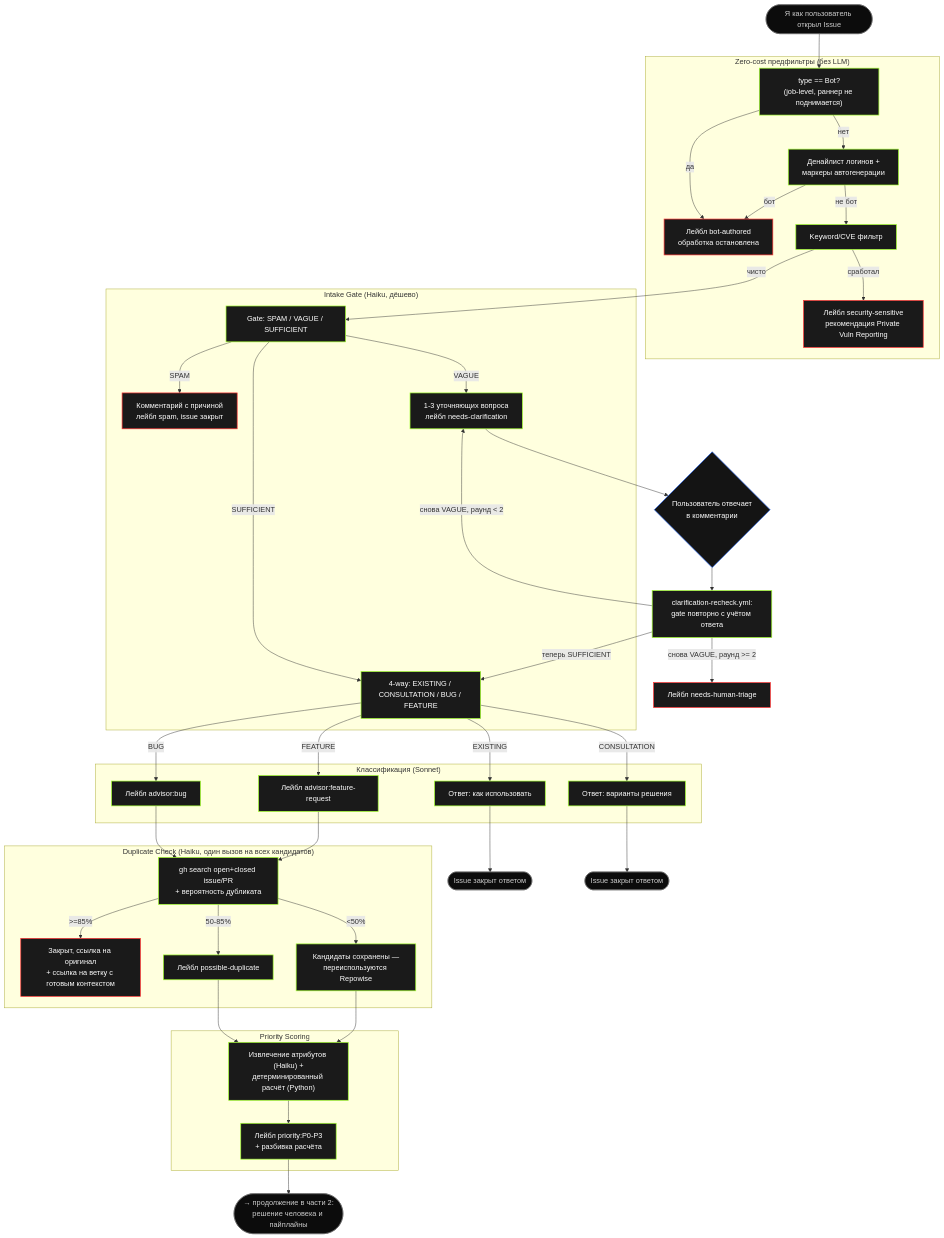
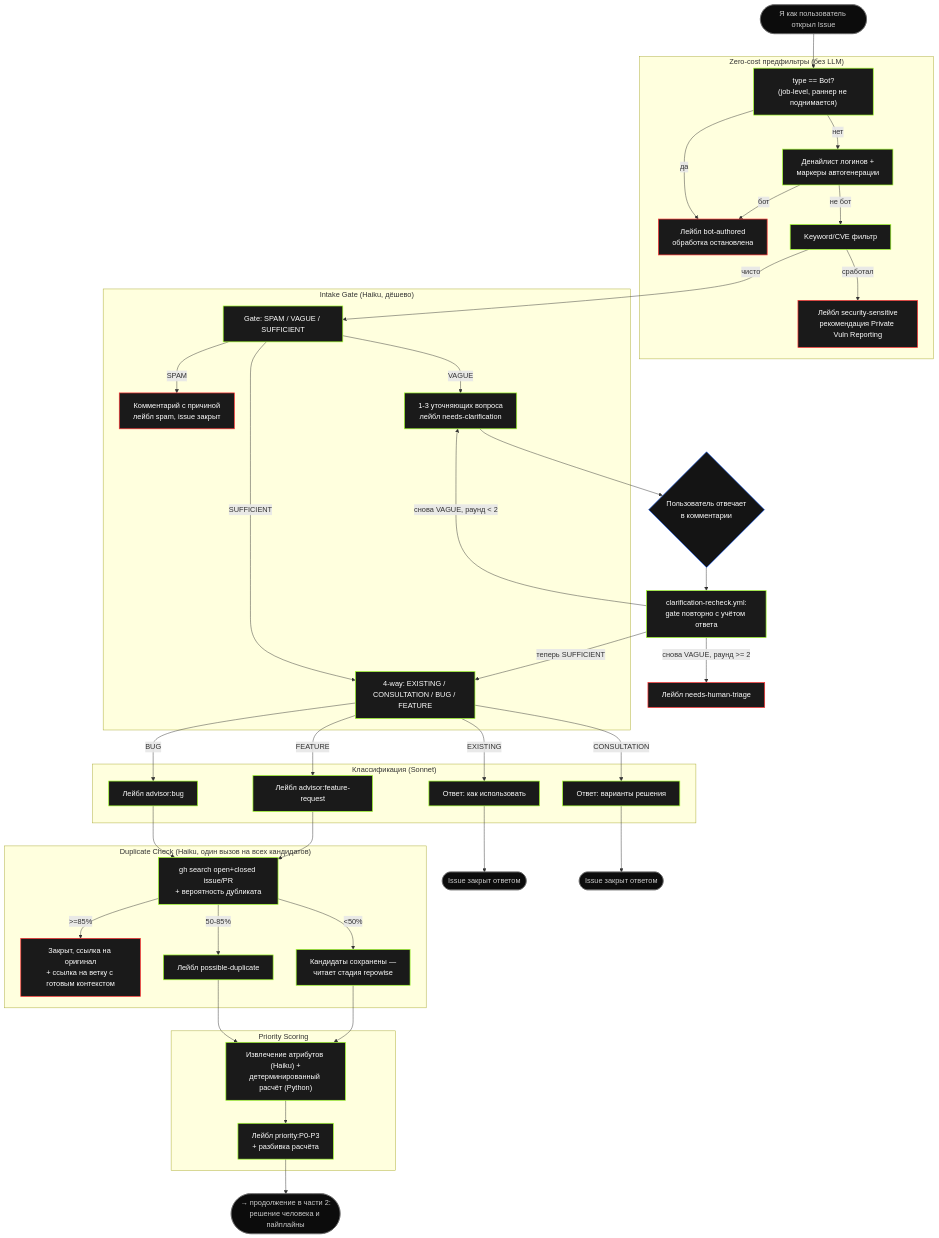
Before and after one commit to po-helper-org/poh-issue-agents: the diagram in docs/diagrams/issue-workflow-part1-intake.mermaid, drawn with Mermaid. The commit also changed 5 other files, not shown here.

```diff
--- a/docs/diagrams/issue-workflow-part1-intake.mermaid
+++ b/docs/diagrams/issue-workflow-part1-intake.mermaid
@@ -1,66 +1,66 @@
 flowchart TD
     Start(["Я как пользователь открыл Issue"]) --> PreFilter
 
     subgraph PREFILTER["Zero-cost предфильтры (без LLM)"]
         PreFilter["type == Bot?<br/>(job-level, раннер не поднимается)"] -->|да| BotSkip["Лейбл bot-authored<br/>обработка остановлена"]
         PreFilter -->|нет| BotNet["Денайлист логинов +<br/>маркеры автогенерации"]
         BotNet -->|бот| BotSkip
         BotNet -->|не бот| SecCheck["Keyword/CVE фильтр"]
         SecCheck -->|сработал| SecStop["Лейбл security-sensitive<br/>рекомендация Private Vuln Reporting"]
     end
 
     SecCheck -->|чисто| Gate
 
     subgraph GATEBLOCK["Intake Gate (Haiku, дёшево)"]
         Gate["Gate: SPAM / VAGUE / SUFFICIENT"]
         Gate -->|SPAM| SpamStop["Комментарий с причиной<br/>лейбл spam, issue закрыт"]
         Gate -->|VAGUE| Clarify["1-3 уточняющих вопроса<br/>лейбл needs-clarification"]
         Gate -->|SUFFICIENT| Classify
     end
 
     Clarify --> WaitUser{"Пользователь отвечает<br/>в комментарии"}
     WaitUser --> Recheck["clarification-recheck.yml:<br/>gate повторно с учётом ответа"]
     Recheck -->|снова VAGUE, раунд < 2| Clarify
     Recheck -->|снова VAGUE, раунд >= 2| Escalate["Лейбл needs-human-triage"]
     Recheck -->|теперь SUFFICIENT| Classify
 
     subgraph CLASSIFYBLOCK["Классификация (Sonnet)"]
         Classify["4-way: EXISTING / CONSULTATION / BUG / FEATURE"]
         Classify -->|EXISTING| AnsExisting["Ответ: как использовать"]
         Classify -->|CONSULTATION| AnsConsult["Ответ: варианты решения"]
         Classify -->|BUG| LabelBug["Лейбл advisor:bug"]
         Classify -->|FEATURE| LabelFeature["Лейбл advisor:feature-request"]
     end
 
     AnsExisting --> End1(["Issue закрыт ответом"])
     AnsConsult --> End2(["Issue закрыт ответом"])
 
     LabelBug --> DupCheck
     LabelFeature --> DupCheck
 
     subgraph DUPBLOCK["Duplicate Check (Haiku, один вызов на всех кандидатов)"]
         DupCheck["gh search open+closed issue/PR<br/>+ вероятность дубликата"]
         DupCheck -->|>=85%| DupClose["Закрыт, ссылка на оригинал<br/>+ ссылка на ветку с готовым контекстом"]
         DupCheck -->|50-85%| DupMaybe["Лейбл possible-duplicate"]
-        DupCheck -->|<50%| DupCache["Кандидаты сохранены —<br/>переиспользуются Repowise"]
+        DupCheck -->|<50%| DupCache["Кандидаты сохранены —<br/>читает стадия repowise"]
     end
 
     DupMaybe --> Priority
     DupCache --> Priority
 
     subgraph PRIOBLOCK["Priority Scoring"]
         Priority["Извлечение атрибутов (Haiku) +<br/>детерминированный расчёт (Python)"]
         Priority --> PLabel["Лейбл priority:P0-P3<br/>+ разбивка расчёта"]
     end
 
     PLabel --> ToPart2(["→ продолжение в части 2:<br/>решение человека и пайплайны"])
 
     classDef done fill:#1A1A1A,stroke:#A3FF2E,color:#ffffff,stroke-width:1.5px
     classDef human fill:#141414,stroke:#2563EB,color:#ffffff,stroke-width:1.5px
     classDef terminal fill:#0C0C0C,stroke:#666666,color:#cccccc
     classDef stop fill:#1A1A1A,stroke:#FF3131,color:#ffffff,stroke-width:1.5px
 
     class PreFilter,BotNet,SecCheck,Gate,Clarify,Recheck,Classify,DupCheck,Priority,PLabel,LabelBug,LabelFeature,AnsExisting,AnsConsult,DupMaybe,DupCache done
     class WaitUser human
     class Start,End1,End2,ToPart2 terminal
     class BotSkip,SecStop,SpamStop,Escalate,DupClose stop
```
